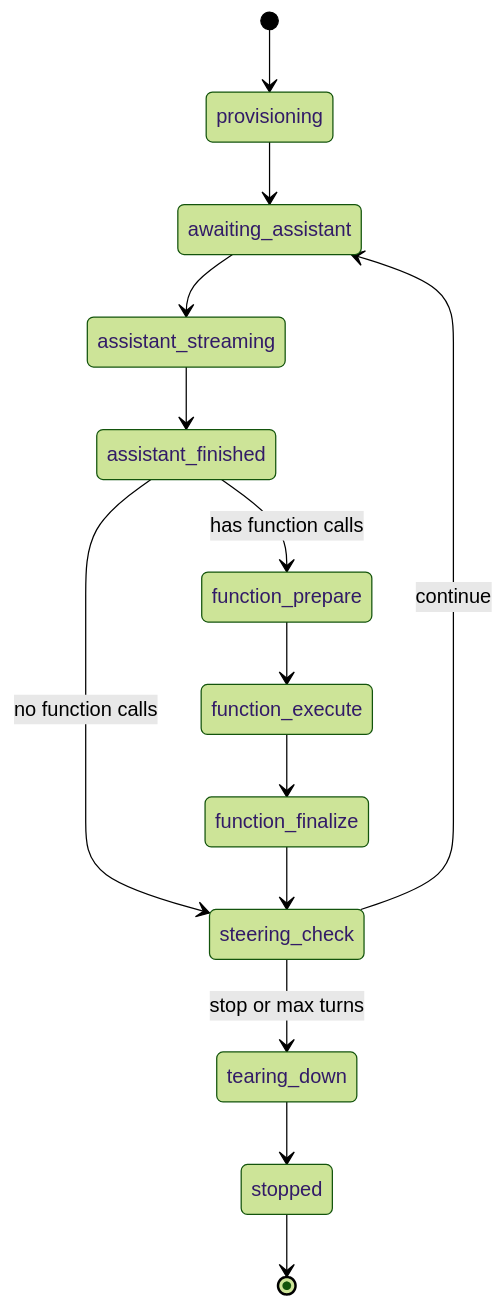
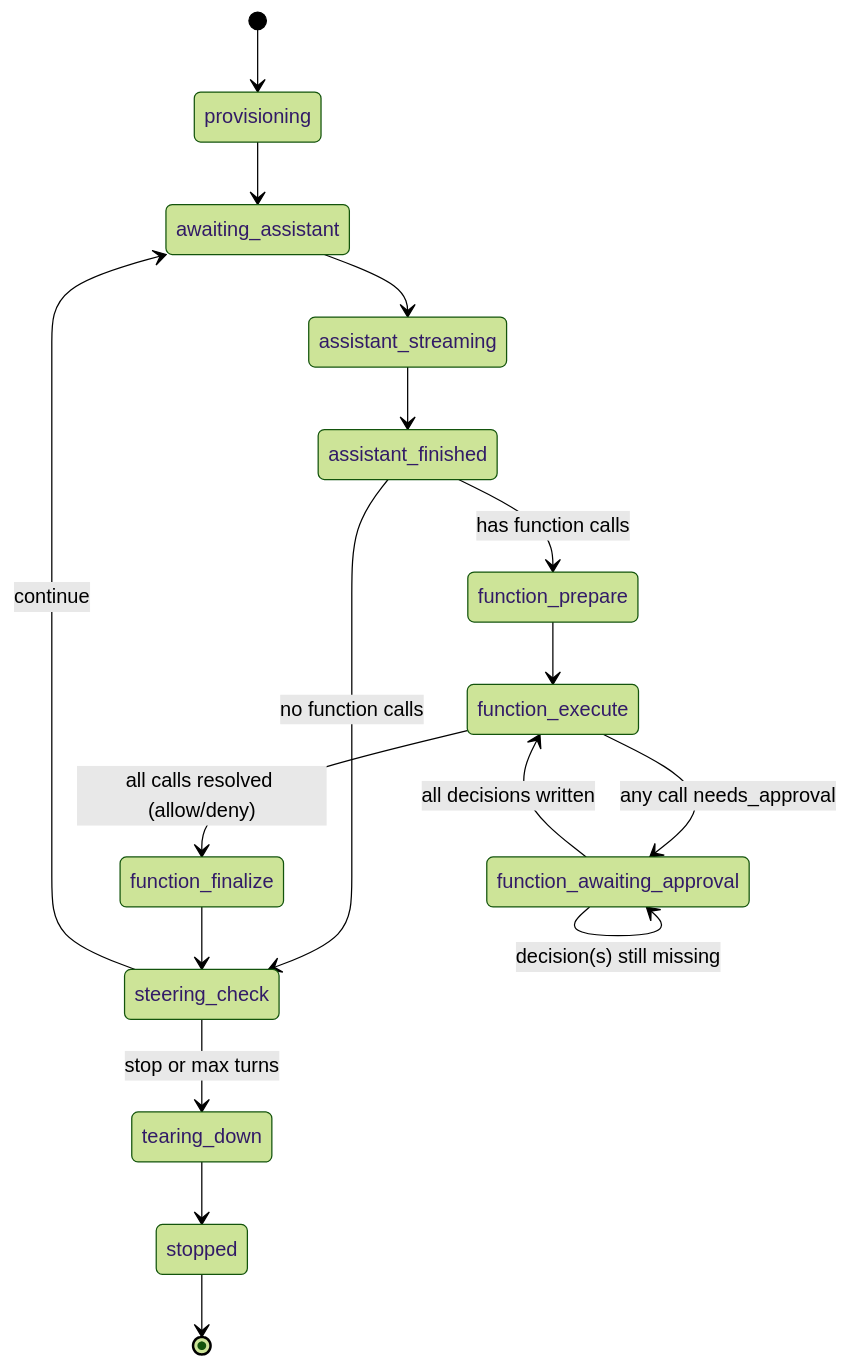
Before and after one commit to iii-hq/workers: the second of 4 diagrams in harness-node/docs/architecture.md, drawn with Mermaid (forest theme). The commit also changed other lines of this file and 7 other files, not shown here.

First line of the commit message:
docs(harness-node): refresh architecture for reactive approval resume

````diff
--- a/harness-node/docs/architecture.md
+++ b/harness-node/docs/architecture.md
@@ -89,16 +100,19 @@
 ```mermaid
 stateDiagram-v2
   [*] --> provisioning
   provisioning --> awaiting_assistant
   awaiting_assistant --> assistant_streaming
   assistant_streaming --> assistant_finished
   assistant_finished --> function_prepare: has function calls
   assistant_finished --> steering_check: no function calls
   function_prepare --> function_execute
-  function_execute --> function_finalize
+  function_execute --> function_finalize: all calls resolved (allow/deny)
+  function_execute --> function_awaiting_approval: any call needs_approval
+  function_awaiting_approval --> function_awaiting_approval: decision(s) still missing
+  function_awaiting_approval --> function_execute: all decisions written
   function_finalize --> steering_check
   steering_check --> awaiting_assistant: continue
   steering_check --> tearing_down: stop or max turns
   tearing_down --> stopped
   stopped --> [*]
 ```
````
